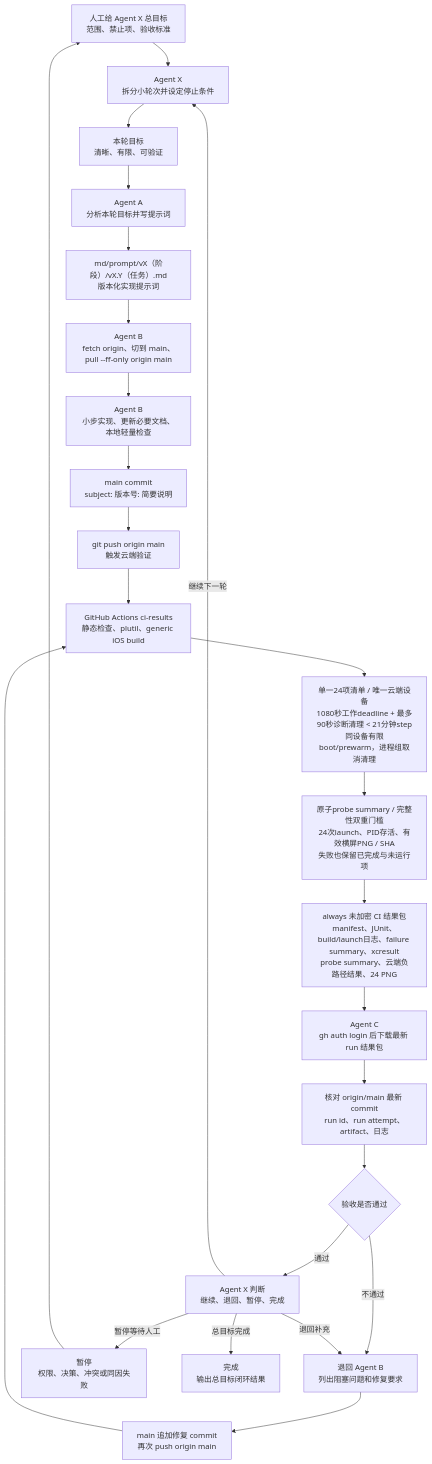
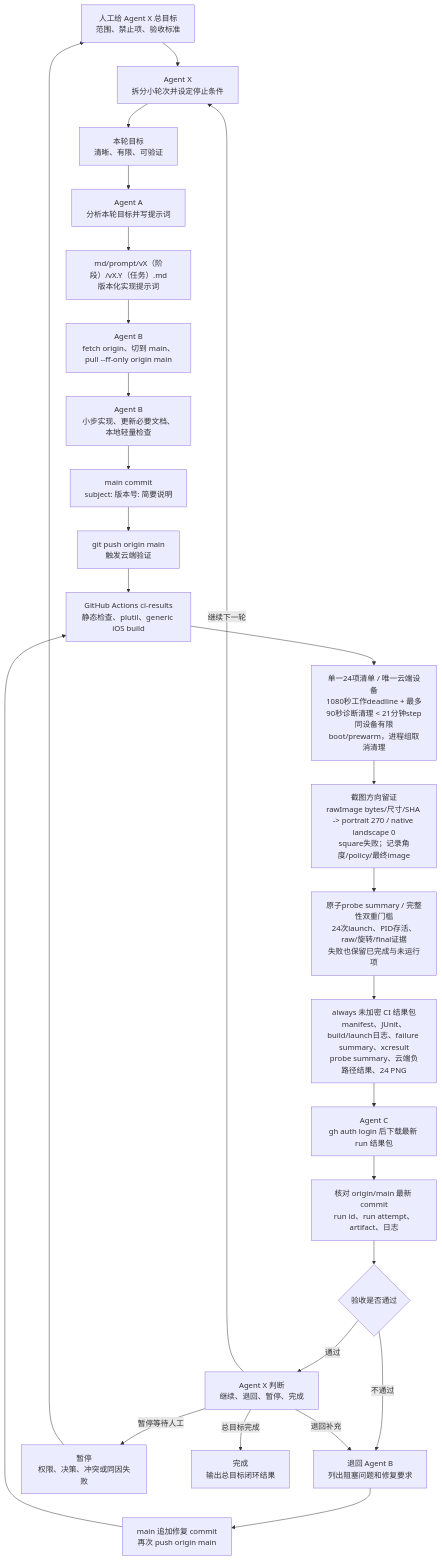
The third of 3 diagrams in md/flow/flowchart.md (Altman-sam114/1145), drawn with Mermaid before and after one commit. The commit also changed other lines of this file and 9 other files, not shown here.

First line of the commit message:
v5.54: 修复云端截图朝向与HUD迷雾遮挡

````diff
--- a/md/flow/flowchart.md
+++ b/md/flow/flowchart.md
@@ -98,27 +98,28 @@
 ```mermaid
 flowchart TD
   Human["人工给 Agent X 总目标\n范围、禁止项、验收标准"] --> AgentX["Agent X\n拆分小轮次并设定停止条件"]
   AgentX --> RoundGoal["本轮目标\n清晰、有限、可验证"]
   RoundGoal --> AgentA["Agent A\n分析本轮目标并写提示词"]
   AgentA --> Prompt["md/prompt/vX（阶段）/vX.Y（任务）.md\n版本化实现提示词"]
   Prompt --> Sync["Agent B\nfetch origin、切到 main、pull --ff-only origin main"]
   Sync --> Implement["Agent B\n小步实现、更新必要文档、本地轻量检查"]
   Implement --> Commit["main commit\nsubject: 版本号: 简要说明"]
   Commit --> Push["git push origin main\n触发云端验证"]
   Push --> Actions["GitHub Actions ci-results\n静态检查、plutil、generic iOS build"]
   Actions --> Probe["单一24项清单 / 唯一云端设备\n1080秒工作deadline + 最多90秒诊断清理 < 21分钟step\n同设备有限boot/prewarm，进程组取消清理"]
-  Probe --> Integrity["原子probe summary / 完整性双重门槛\n24次launch、PID存活、有效横屏PNG / SHA\n失败也保留已完成与未运行项"]
+  Probe --> Normalize["截图方向留证\nrawImage bytes/尺寸/SHA -> portrait 270 / native landscape 0\nsquare失败；记录角度/policy/最终image"]
+  Normalize --> Integrity["原子probe summary / 完整性双重门槛\n24次launch、PID存活、raw/旋转/final证据\n失败也保留已完成与未运行项"]
   Integrity --> Artifact["always 未加密 CI 结果包\nmanifest、JUnit、build/launch日志、failure summary、xcresult\nprobe summary、云端负路径结果、24 PNG"]
   Artifact --> AgentC["Agent C\ngh auth login 后下载最新 run 结果包"]
   AgentC --> Verify["核对 origin/main 最新 commit\nrun id、run attempt、artifact、日志"]
   Verify --> Gate{"验收是否通过"}
   Gate -- "不通过" --> BackB["退回 Agent B\n列出阻塞问题和修复要求"]
   BackB --> Fix["main 追加修复 commit\n再次 push origin main"]
   Fix --> Actions
   Gate -- "通过" --> XJudge["Agent X 判断\n继续、退回、暂停、完成"]
   XJudge -- "继续下一轮" --> AgentX
   XJudge -- "退回补充" --> BackB
   XJudge -- "暂停等待人工" --> Pause["暂停\n权限、决策、冲突或同因失败"]
   Pause --> Human
   XJudge -- "总目标完成" --> Done["完成\n输出总目标闭环结果"]
 ```
````
